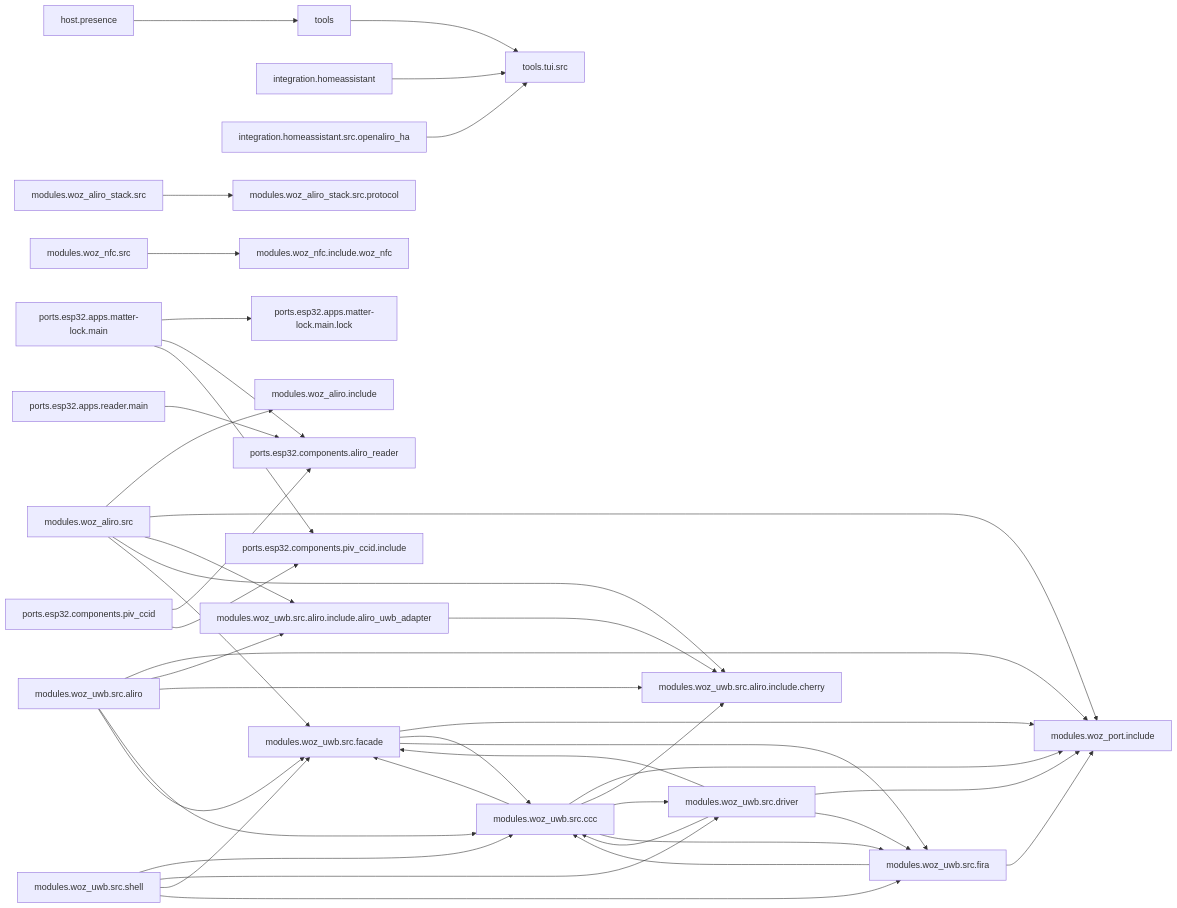
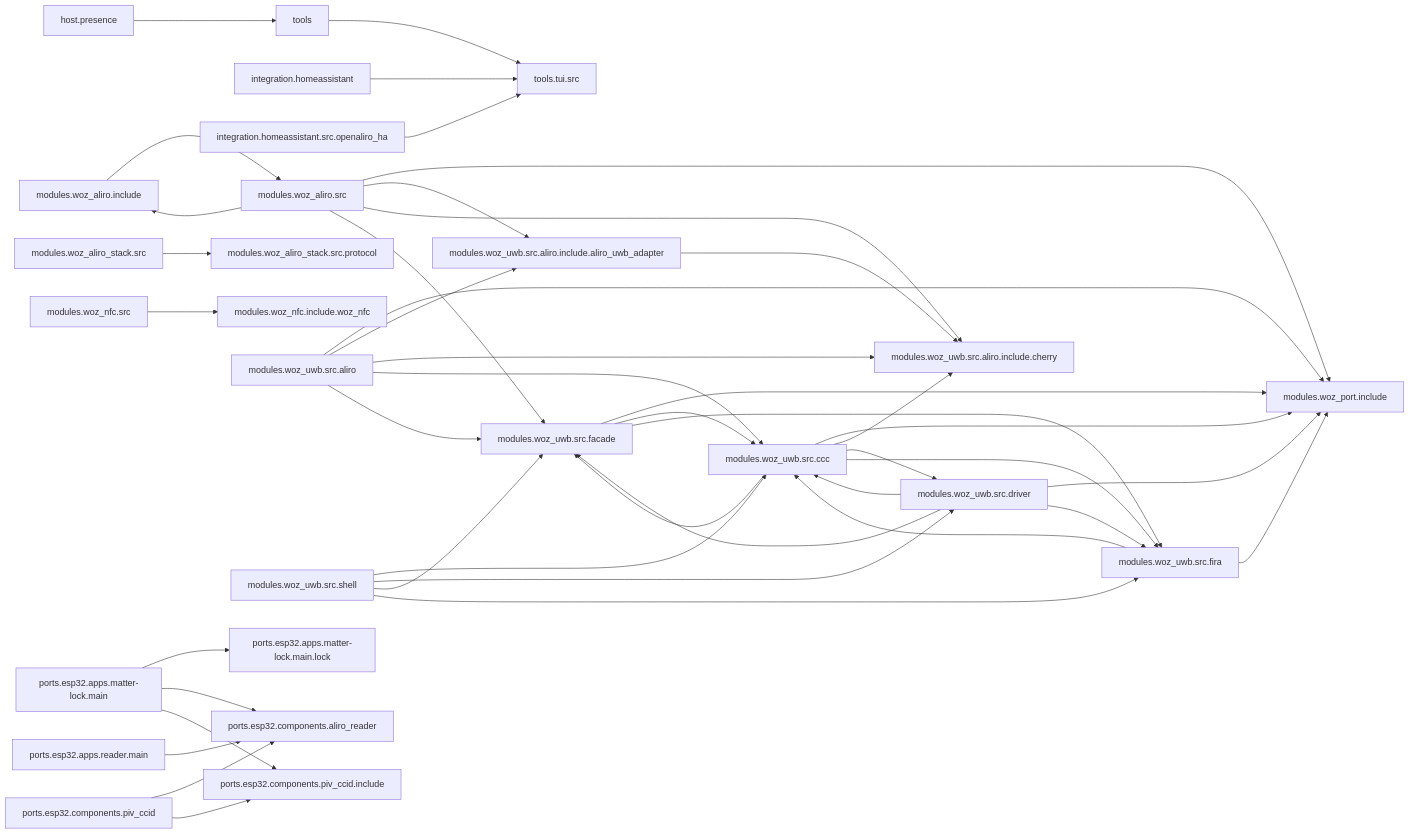
The diagram in docs/README.md (jonathan-shc/UWB), drawn with Mermaid before and after one commit. The commit also changed other lines of this file and 9 other files, not shown here.

````diff
--- a/docs/README.md
+++ b/docs/README.md
@@ -8,44 +8,45 @@
 ```mermaid
 flowchart LR
   host.presence --> tools
   integration.homeassistant --> tools.tui.src
   integration.homeassistant.src.openaliro_ha --> tools.tui.src
+  modules.woz_aliro.include --> modules.woz_aliro.src
   modules.woz_aliro.src --> modules.woz_aliro.include
   modules.woz_aliro.src --> modules.woz_port.include
   modules.woz_aliro.src --> modules.woz_uwb.src.aliro.include.aliro_uwb_adapter
   modules.woz_aliro.src --> modules.woz_uwb.src.aliro.include.cherry
   modules.woz_aliro.src --> modules.woz_uwb.src.facade
   modules.woz_aliro_stack.src --> modules.woz_aliro_stack.src.protocol
   modules.woz_nfc.src --> modules.woz_nfc.include.woz_nfc
   modules.woz_uwb.src.aliro --> modules.woz_port.include
   modules.woz_uwb.src.aliro --> modules.woz_uwb.src.aliro.include.aliro_uwb_adapter
   modules.woz_uwb.src.aliro --> modules.woz_uwb.src.aliro.include.cherry
   modules.woz_uwb.src.aliro --> modules.woz_uwb.src.ccc
   modules.woz_uwb.src.aliro --> modules.woz_uwb.src.facade
   modules.woz_uwb.src.aliro.include.aliro_uwb_adapter --> modules.woz_uwb.src.aliro.include.cherry
   modules.woz_uwb.src.ccc --> modules.woz_port.include
   modules.woz_uwb.src.ccc --> modules.woz_uwb.src.aliro.include.cherry
   modules.woz_uwb.src.ccc --> modules.woz_uwb.src.driver
   modules.woz_uwb.src.ccc --> modules.woz_uwb.src.facade
   modules.woz_uwb.src.ccc --> modules.woz_uwb.src.fira
   modules.woz_uwb.src.driver --> modules.woz_port.include
   modules.woz_uwb.src.driver --> modules.woz_uwb.src.ccc
   modules.woz_uwb.src.driver --> modules.woz_uwb.src.facade
   modules.woz_uwb.src.driver --> modules.woz_uwb.src.fira
   modules.woz_uwb.src.facade --> modules.woz_port.include
   modules.woz_uwb.src.facade --> modules.woz_uwb.src.ccc
   modules.woz_uwb.src.facade --> modules.woz_uwb.src.fira
   modules.woz_uwb.src.fira --> modules.woz_port.include
   modules.woz_uwb.src.fira --> modules.woz_uwb.src.ccc
   modules.woz_uwb.src.shell --> modules.woz_uwb.src.ccc
   modules.woz_uwb.src.shell --> modules.woz_uwb.src.driver
   modules.woz_uwb.src.shell --> modules.woz_uwb.src.facade
   modules.woz_uwb.src.shell --> modules.woz_uwb.src.fira
   ports.esp32.apps.matter-lock.main --> ports.esp32.apps.matter-lock.main.lock
   ports.esp32.apps.matter-lock.main --> ports.esp32.components.aliro_reader
   ports.esp32.apps.matter-lock.main --> ports.esp32.components.piv_ccid.include
   ports.esp32.apps.reader.main --> ports.esp32.components.aliro_reader
   ports.esp32.components.piv_ccid --> ports.esp32.components.aliro_reader
   ports.esp32.components.piv_ccid --> ports.esp32.components.piv_ccid.include
   tools --> tools.tui.src
 ```
````
